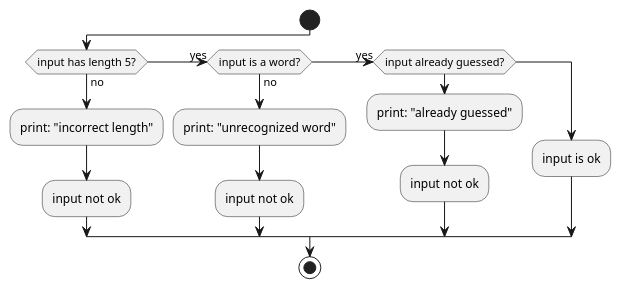
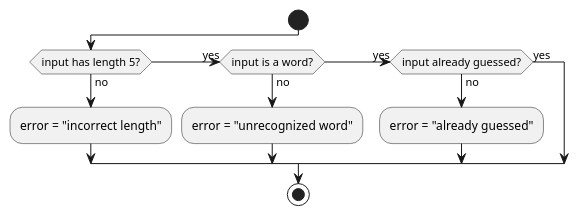
Before and after one commit to Warwolt/wordle: the diagram in doc/check_input.puml, drawn with PlantUML. The commit also changed 7 other files, not shown here.

```diff
--- a/doc/check_input.puml
+++ b/doc/check_input.puml
@@ -1,18 +1,15 @@
 @startuml check_input
 
 start
     if (input has length 5?) then (no)
-        :print: "incorrect length";
-        :input not ok;
+        :error = "incorrect length";
     (yes) elseif (input is a word?) then (no)
-        :print: "unrecognized word";
-        :input not ok;
-    (yes) elseif (input already guessed?) then
-        :print: "already guessed";
-        :input not ok;
-    else
-        :input is ok;
+        :error = "unrecognized word";
+    (yes) elseif (input already guessed?) then (no)
+        :error = "already guessed";
+    else (yes)
+        ' :error = none;
     endif
 stop
 
 @enduml
```
